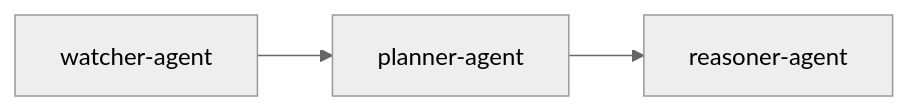
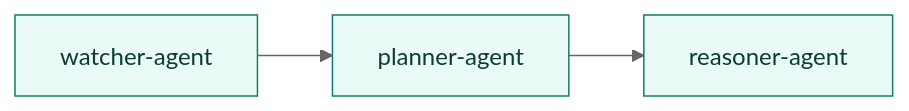
Before and after one commit to k-kohli10/radar-system: the first of 4 diagrams in docs/architecture/agent-pipeline.md, drawn with Mermaid (neutral theme). The commit also changed other lines of this file and 3 other files, not shown here.

First line of the commit message:
docs: polish architecture diagrams and clarify supporting-service framing

````diff
--- a/docs/architecture/agent-pipeline.md
+++ b/docs/architecture/agent-pipeline.md
@@ -15,4 +15,7 @@
 ```mermaid
 flowchart LR
     Watcher[watcher-agent] --> Planner[planner-agent] --> Reasoner[reasoner-agent]
+
+    classDef agent fill:#eafaf6,stroke:#127d69,color:#0b3d33;
+    class Watcher,Planner,Reasoner agent
 ```
````
